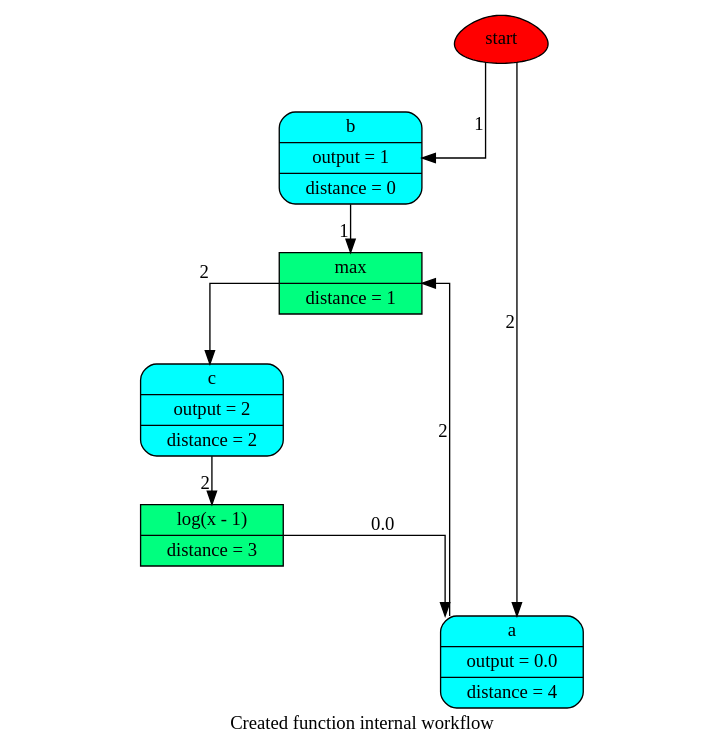
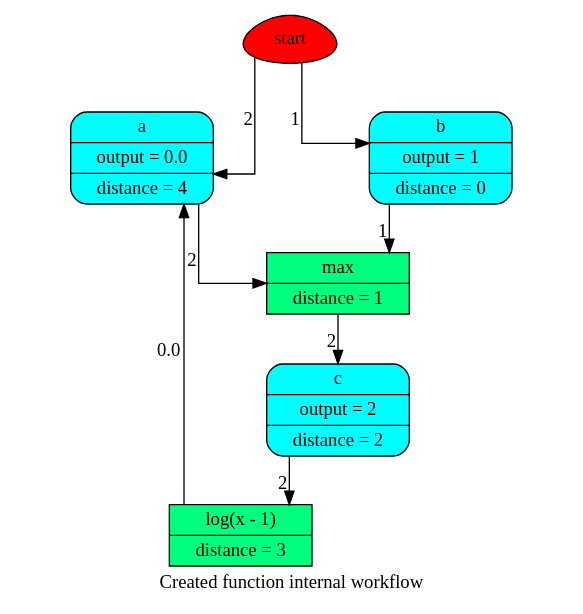
One commit to vinci1it2000/schedula changed the diagram in doc/source/dispatcher/utils/dsp/SubDispatchFunction_wf1.dot. Above: the diagram before and after it, drawn with Graphviz. The commit also changed 24 other files, not shown here.

```diff
--- a/doc/source/dispatcher/utils/dsp/SubDispatchFunction_wf1.dot
+++ b/doc/source/dispatcher/utils/dsp/SubDispatchFunction_wf1.dot
@@ -1,19 +1,19 @@
 digraph "Created function internal" {
 	graph [ratio=1]
 	node [style=filled]
 	splines = ortho
 	label = "Created function internal workflow"
-		"Created function internal_4372648248" [label=start fillcolor=red shape=egg]
-		"Created function internal_-5332545450788294608" [label="{ max | distance = 1 }" fillcolor=springgreen shape=record]
-		"Created function internal_-8069443800989944208" [label="{ c | output = 2 | distance = 2 }" fillcolor=cyan shape=Mrecord]
-		"Created function internal_-4868960230063457645" [label="{ b | output = 1 | distance = 0 }" fillcolor=cyan shape=Mrecord]
-		"Created function internal_-6154672520566587020" [label="{ a | output = 0.0 | distance = 4 }" fillcolor=cyan shape=Mrecord]
-		"Created function internal_2746156493996831173" [label="{ log(x - 1) | distance = 3 }" fillcolor=springgreen shape=record]
-			"Created function internal_-5332545450788294608" -> "Created function internal_-8069443800989944208" [xlabel=2]
-			"Created function internal_-8069443800989944208" -> "Created function internal_2746156493996831173" [xlabel=2]
-			"Created function internal_-4868960230063457645" -> "Created function internal_-5332545450788294608" [xlabel=1]
-			"Created function internal_-6154672520566587020" -> "Created function internal_-5332545450788294608" [xlabel=2]
-			"Created function internal_2746156493996831173" -> "Created function internal_-6154672520566587020" [xlabel=0.0]
-			"Created function internal_4372648248" -> "Created function internal_-4868960230063457645" [xlabel=1]
-			"Created function internal_4372648248" -> "Created function internal_-6154672520566587020" [xlabel=2]
+		"Created function internal_4373709112" [label=start fillcolor=red shape=egg]
+		"Created function internal_-5808971430925528376" [label="{ max | distance = 1 }" fillcolor=springgreen shape=record]
+		"Created function internal_-7122603177858460539" [label="{ c | output = 2 | distance = 2 }" fillcolor=cyan shape=Mrecord]
+		"Created function internal_4092861774578259925" [label="{ log(x - 1) | distance = 3 }" fillcolor=springgreen shape=record]
+		"Created function internal_-8678671152349271859" [label="{ a | output = 0.0 | distance = 4 }" fillcolor=cyan shape=Mrecord]
+		"Created function internal_5198365931108737741" [label="{ b | output = 1 | distance = 0 }" fillcolor=cyan shape=Mrecord]
+			"Created function internal_-5808971430925528376" -> "Created function internal_-7122603177858460539" [xlabel=2]
+			"Created function internal_-7122603177858460539" -> "Created function internal_4092861774578259925" [xlabel=2]
+			"Created function internal_4373709112" -> "Created function internal_-8678671152349271859" [xlabel=2]
+			"Created function internal_4373709112" -> "Created function internal_5198365931108737741" [xlabel=1]
+			"Created function internal_4092861774578259925" -> "Created function internal_-8678671152349271859" [xlabel=0.0]
+			"Created function internal_-8678671152349271859" -> "Created function internal_-5808971430925528376" [xlabel=2]
+			"Created function internal_5198365931108737741" -> "Created function internal_-5808971430925528376" [xlabel=1]
 }
```
